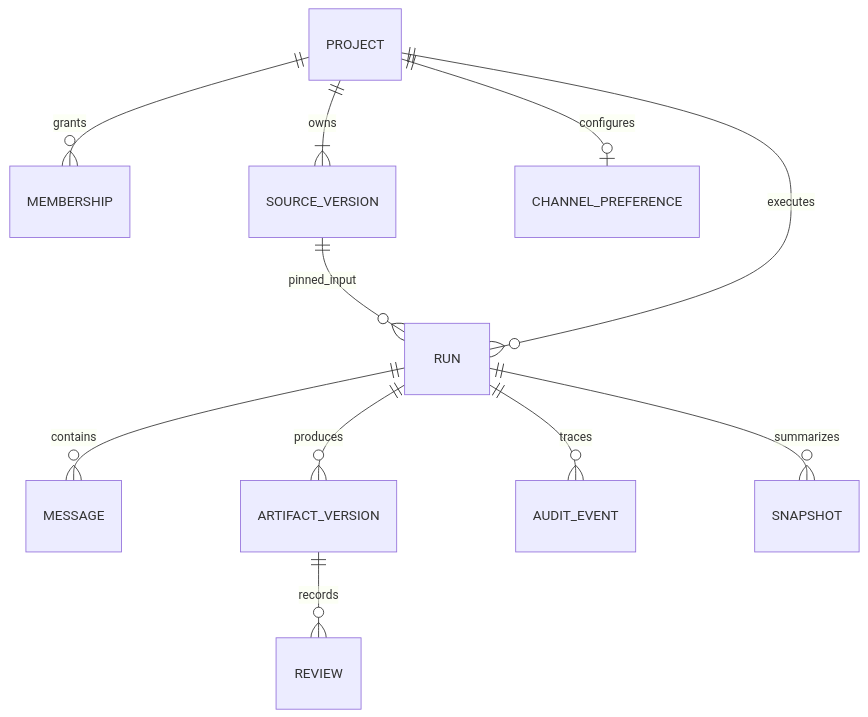
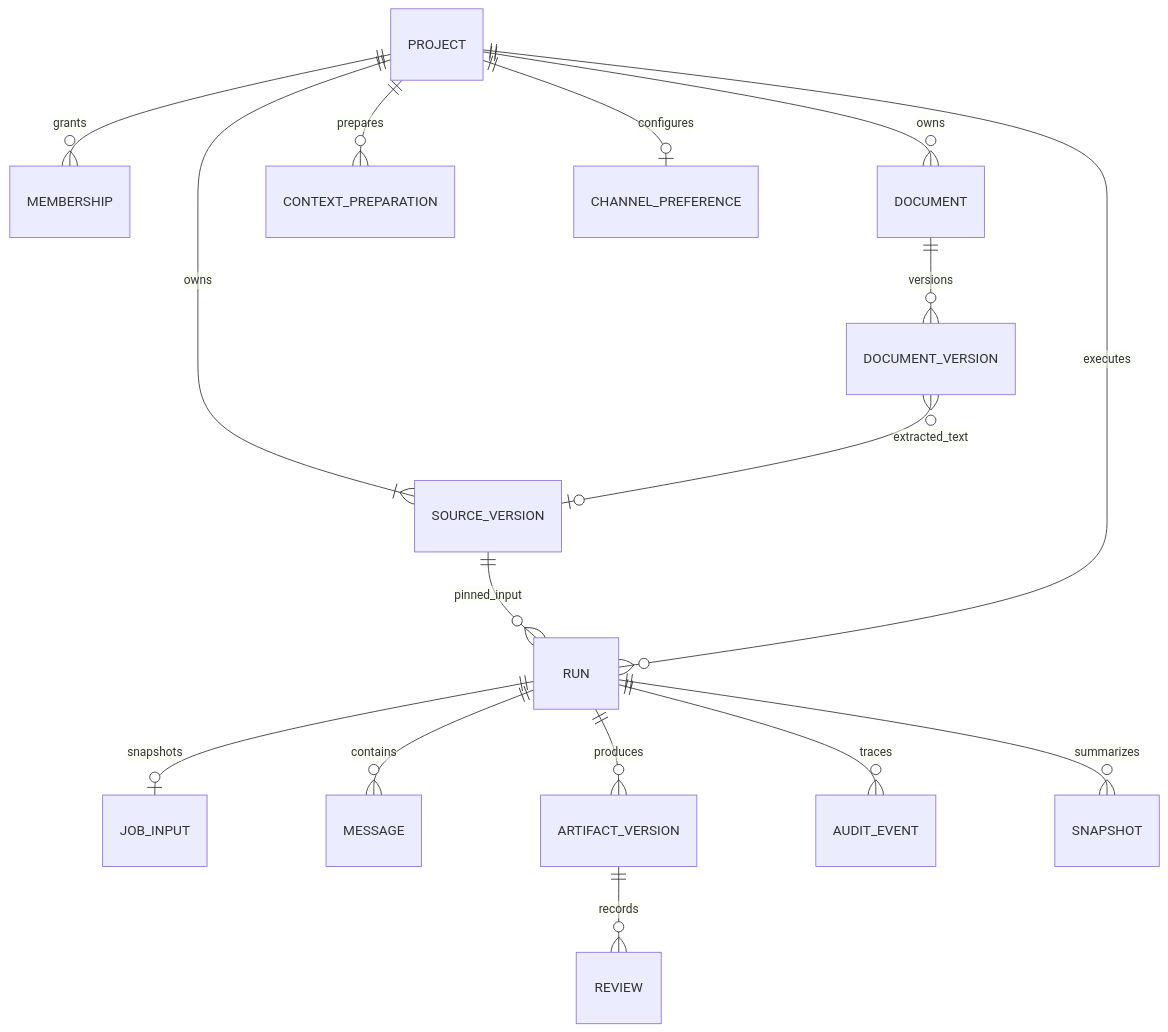
One commit to khannitran-coder/Multi-agent-platform changed the second of 3 diagrams in docs/ARCHITECTURE.md. Above: the diagram before and after it, drawn with Mermaid. The commit also changed other lines of this file and 32 other files, not shown here.

````diff
--- a/docs/ARCHITECTURE.md
+++ b/docs/ARCHITECTURE.md
@@ -35,13 +35,18 @@
 ```mermaid
 erDiagram
     PROJECT ||--o{ MEMBERSHIP : grants
     PROJECT ||--|{ SOURCE_VERSION : owns
     SOURCE_VERSION ||--o{ RUN : pinned_input
     PROJECT ||--o{ RUN : executes
+    PROJECT ||--o{ DOCUMENT : owns
+    DOCUMENT ||--o{ DOCUMENT_VERSION : versions
+    DOCUMENT_VERSION }o--o| SOURCE_VERSION : extracted_text
+    RUN ||--o| JOB_INPUT : snapshots
+    PROJECT ||--o{ CONTEXT_PREPARATION : prepares
     RUN ||--o{ MESSAGE : contains
     RUN ||--o{ ARTIFACT_VERSION : produces
     ARTIFACT_VERSION ||--o{ REVIEW : records
     RUN ||--o{ AUDIT_EVENT : traces
     RUN ||--o{ SNAPSHOT : summarizes
     PROJECT ||--o| CHANNEL_PREFERENCE : configures
 ```
````
